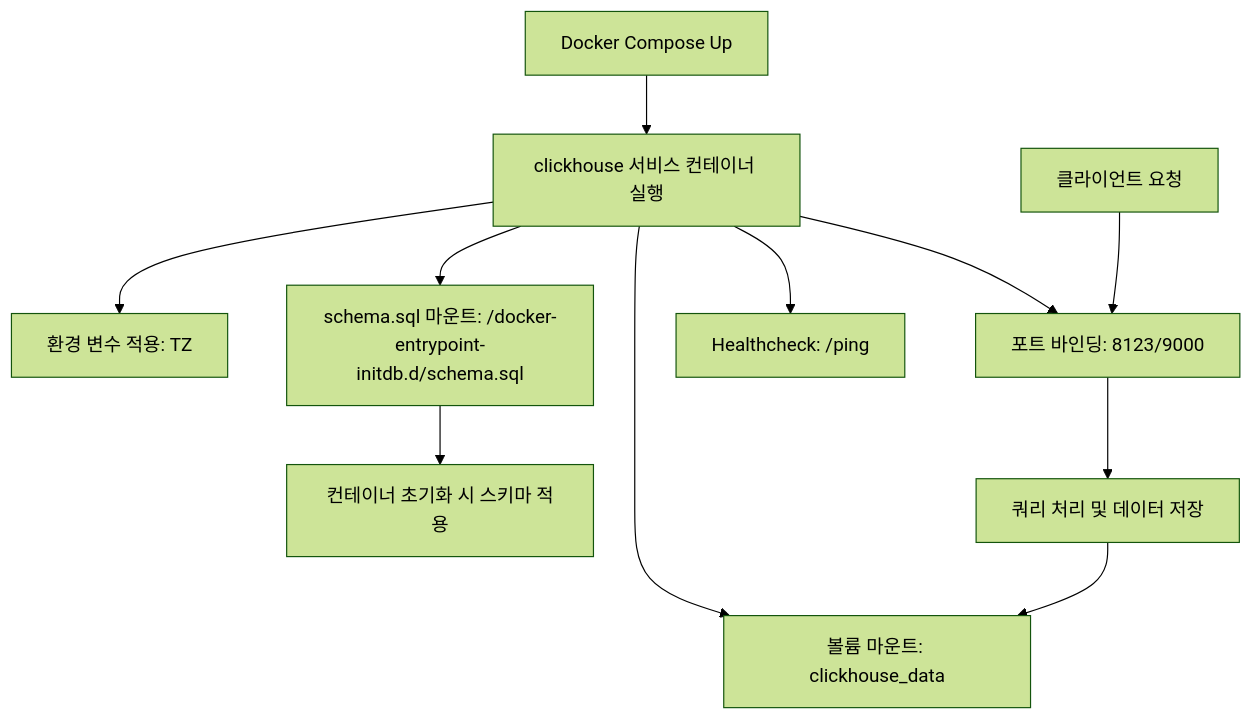
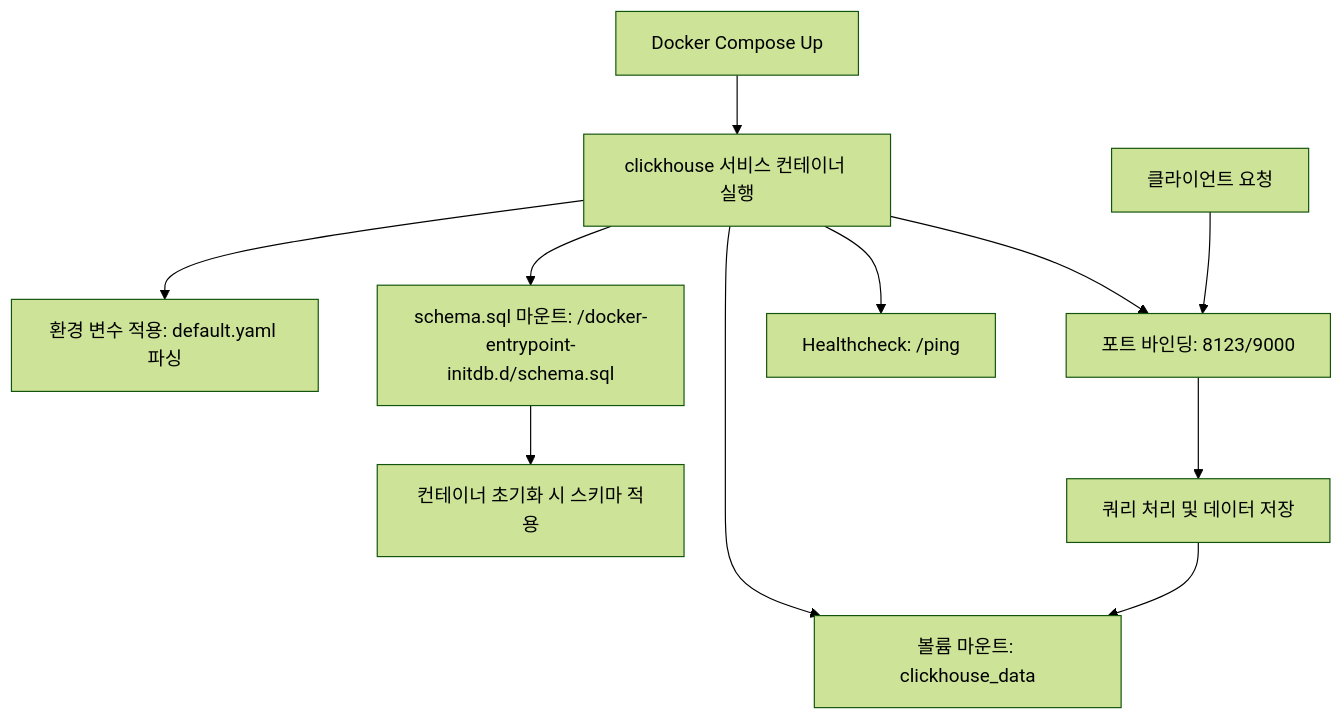
The diagram in infra/clickhouse/EXPLANATION.md (YBIGTA/27th-DE-WinterProject), drawn with Mermaid (forest theme) before and after one commit. The commit also changed other lines of this file and 53 other files, not shown here.

````diff
--- a/infra/clickhouse/EXPLANATION.md
+++ b/infra/clickhouse/EXPLANATION.md
@@ -24,13 +25,13 @@
 ```mermaid
 flowchart TD
     A[Docker Compose Up] --> B[clickhouse 서비스 컨테이너 실행]
-    B --> C[환경 변수 적용: TZ]
+    B --> C[환경 변수 적용: default.yaml 파싱]
     B --> D[포트 바인딩: 8123/9000]
     B --> E[볼륨 마운트: clickhouse_data]
     B --> F[schema.sql 마운트: /docker-entrypoint-initdb.d/schema.sql]
     F --> G[컨테이너 초기화 시 스키마 적용]
     B --> H[Healthcheck: /ping]
     I[클라이언트 요청] --> D
     D --> J[쿼리 처리 및 데이터 저장]
     J --> E
 ```
````
